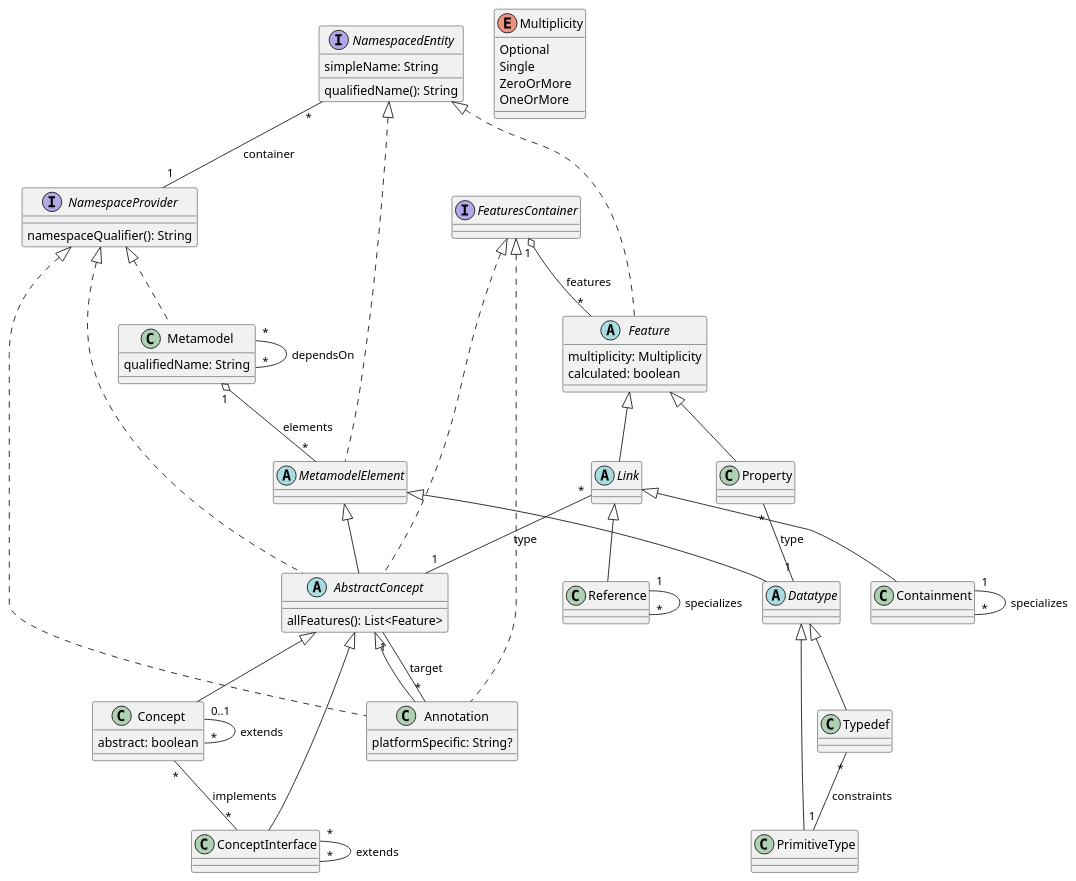
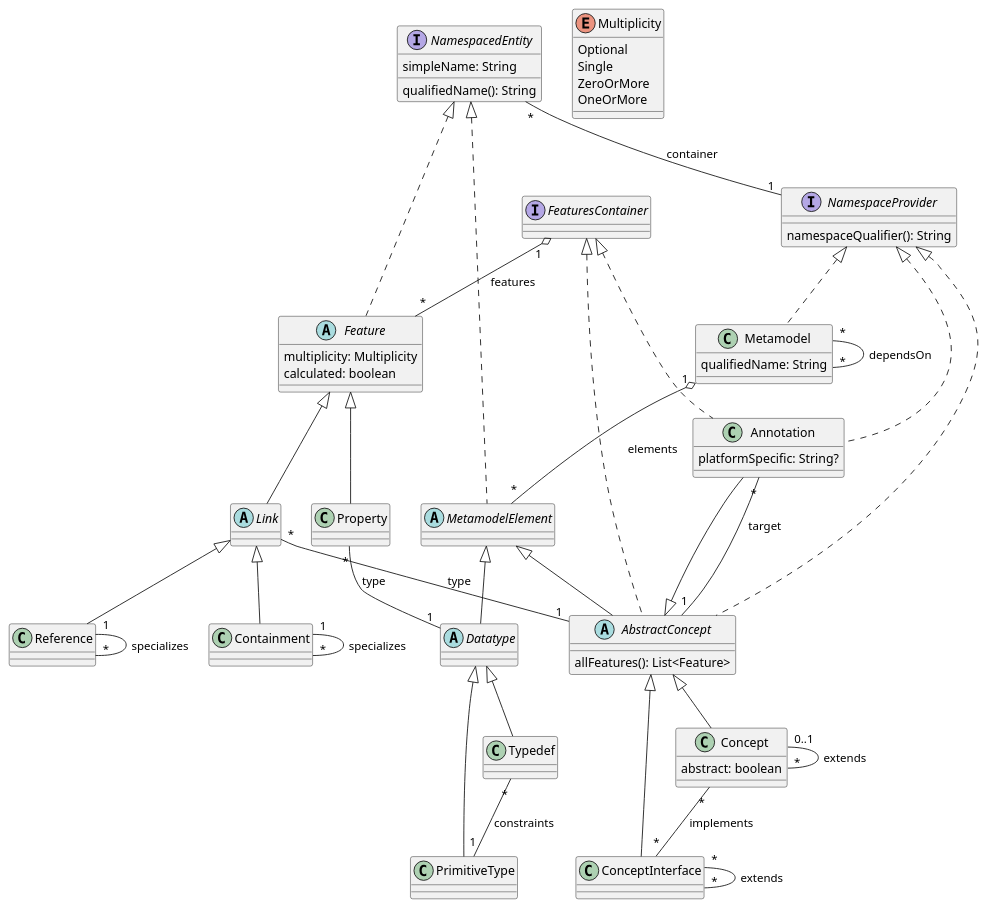
One commit to LionWeb-io/specification changed the diagram in lioncore/metametamodel.puml. Above: the diagram before and after it, drawn with PlantUML.

Commit message:
sort PlantUML entities per category in alphabetic order

```diff
--- a/lioncore/metametamodel.puml
+++ b/lioncore/metametamodel.puml
@@ -1,95 +1,100 @@
 @startuml
 
-' classes
 
-class Metamodel implements NamespaceProvider {
-  qualifiedName: String
+' (concrete) classes
+
+class Annotation extends AbstractConcept implements NamespaceProvider, FeaturesContainer {
+  platformSpecific: String?
 }
 
 class Concept extends AbstractConcept {
   abstract: boolean
 }
 
 class ConceptInterface extends AbstractConcept
 
+class Containment extends Link
+
+class Metamodel implements NamespaceProvider {
+  qualifiedName: String
+}
+
 class PrimitiveType extends Datatype
+
+class Property extends Feature
+
+class Reference extends Link
 
 class Typedef extends Datatype
 
-class Annotation extends AbstractConcept implements NamespaceProvider, FeaturesContainer {
-  platformSpecific: String?
-}
 
-class Containment extends Link
-
-class Reference extends Link
-
-class Property extends Feature
-
-' Abstract classes
-
-abstract class MetamodelElement implements NamespacedEntity
+' abstract classes
 
 abstract class AbstractConcept extends MetamodelElement implements FeaturesContainer, NamespaceProvider {
   allFeatures(): List<Feature>
 }
 
 abstract class Datatype extends MetamodelElement
 
 abstract class Feature implements NamespacedEntity {
   multiplicity: Multiplicity
   calculated: boolean
 }
 
-abstract class Link extends Feature {
-}
+abstract class Link extends Feature
 
-' Interfaces
+abstract class MetamodelElement implements NamespacedEntity
+
+
+' interfaces
+
+interface FeaturesContainer
 
 interface NamespaceProvider {
    namespaceQualifier(): String
 }
 
 interface NamespacedEntity {
   simpleName: String
   qualifiedName(): String
 }
 
-interface FeaturesContainer
 
-' Enums
+' enums
 
 enum Multiplicity {
   Optional
   Single
   ZeroOrMore
   OneOrMore
 }
 
-' Relations
 
-Metamodel "1" o-- "*" MetamodelElement: elements
-Metamodel "*" -- "*" Metamodel: dependsOn
+' relations
+
+Annotation "*" -- "1" AbstractConcept: target
 
 Concept "0..1" -- "*" Concept: extends
 Concept "*" -- "*" ConceptInterface: implements
 
 ConceptInterface "*" -- "*" ConceptInterface: extends
 
-Annotation "*" -- "1" AbstractConcept: target
+Containment "1" -- "*" Containment: specializes
 
-Containment "1" -- "*" Containment: specializes
+FeaturesContainer "1" o-- "*" Feature: features
+
+Link "*" -- "1" AbstractConcept: type
+
+Metamodel "1" o-- "*" MetamodelElement: elements
+Metamodel "*" -- "*" Metamodel: dependsOn
+
+NamespacedEntity "*" -- "1" NamespaceProvider: container
+
+Property "*" -- "1" Datatype: type
 
 Reference "1" -- "*" Reference: specializes
 
-Property "*" -- "1" Datatype: type
-
-Link "*" -- "1" AbstractConcept: type
-
-NamespacedEntity "*" -- "1" NamespaceProvider: container
-
-FeaturesContainer "1" o-- "*" Feature: features
-
 Typedef "*" -- "1" PrimitiveType: constraints
 
+
 @enduml
```
